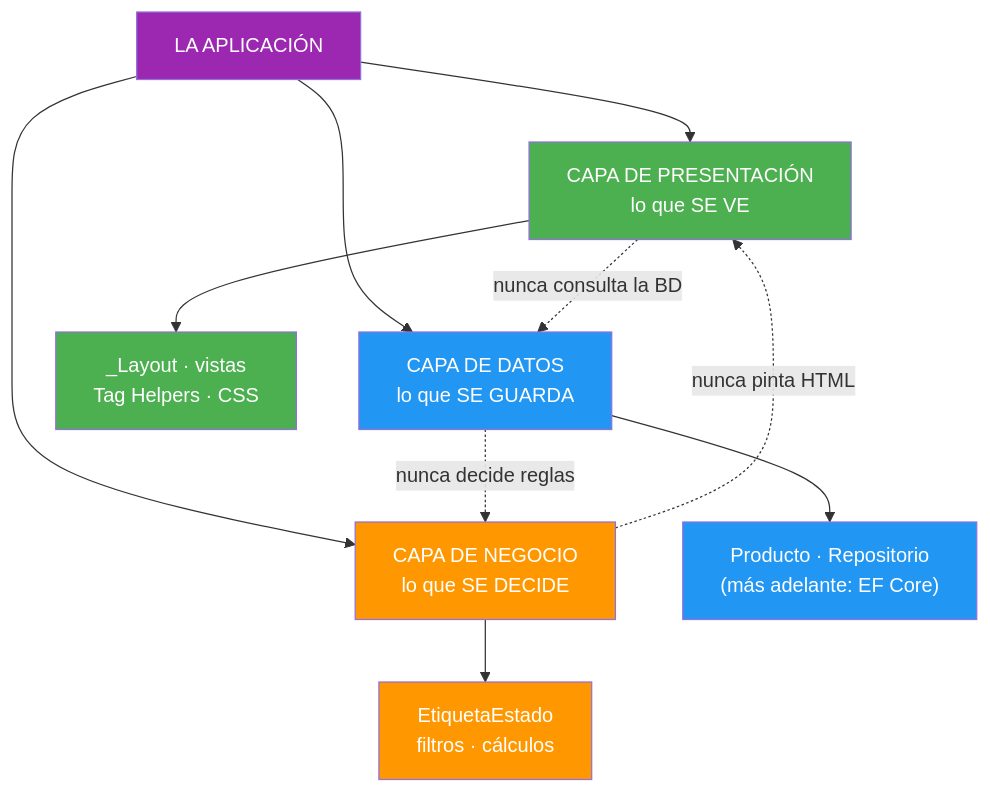
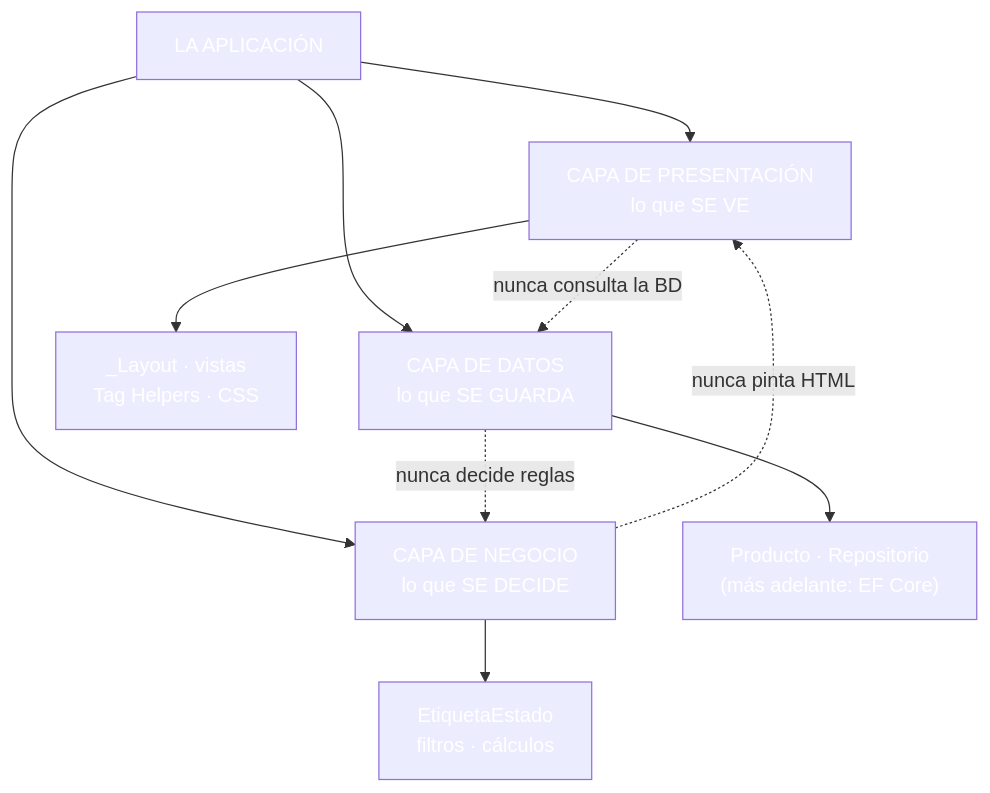
Before and after one commit to joseluisgs/DesarrolloWebEntornosServidor-03-2026-2027: the fifth of 5 diagrams in 07-mvc-arquitectura.md, drawn with Mermaid. The commit also changed other lines of this file and 30 other files, not shown here.

````diff
--- a/07-mvc-arquitectura.md
+++ b/07-mvc-arquitectura.md
@@ -416,22 +416,22 @@
 ```mermaid
 graph TD
     A["LA APLICACIÓN"] --> P["CAPA DE PRESENTACIÓN<br/>lo que SE VE"]
     A --> N["CAPA DE NEGOCIO<br/>lo que SE DECIDE"]
     A --> D["CAPA DE DATOS<br/>lo que SE GUARDA"]
 
     P --> P1["_Layout · vistas<br/>Tag Helpers · CSS"]
     N --> N1["EtiquetaEstado<br/>filtros · cálculos"]
     D --> D1["Producto · Repositorio<br/>(más adelante: EF Core)"]
 
     N -.->|"nunca pinta HTML"| P
     D -.->|"nunca decide reglas"| N
     P -.->|"nunca consulta la BD"| D
 
-    style A fill:#9C27B0,color:#fff
-    style P fill:#4CAF50,color:#fff
-    style N fill:#FF9800,color:#fff
-    style D fill:#2196F3,color:#fff
-    style P1 fill:#4CAF50,color:#fff
-    style N1 fill:#FF9800,color:#fff
-    style D1 fill:#2196F3,color:#fff
+    style A fill:#9C27B,color:#fff0,color:#fff
+    style P fill:#4CAF5,color:#fff0,color:#fff
+    style N fill:#FF980,color:#fff0,color:#fff
+    style D fill:#2196F,color:#fff3,color:#fff
+    style P1 fill:#4CAF5,color:#fff0,color:#fff
+    style N1 fill:#FF980,color:#fff0,color:#fff
+    style D1 fill:#2196F,color:#fff3,color:#fff
 ```
````
